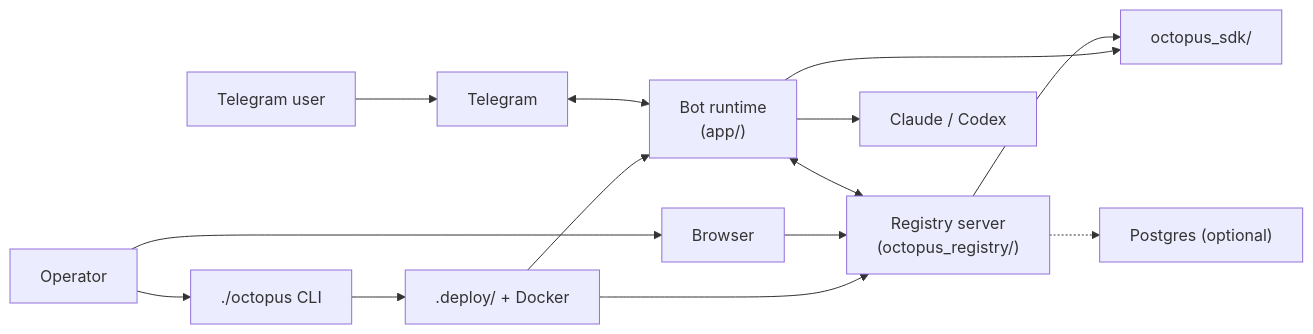
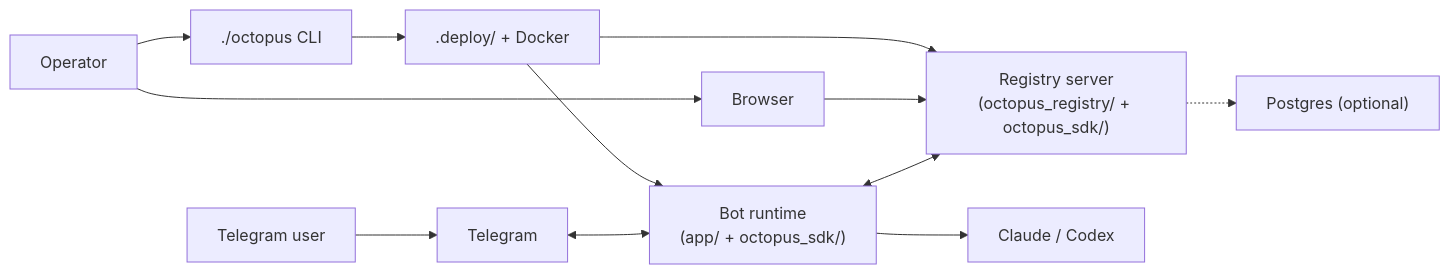
One commit to privacynow/octopus changed the first of 8 diagrams in ARCHITECTURE.md. Above: the diagram before and after it, drawn with Mermaid. The commit also changed other lines of this file and 1 other file, not shown here.

````diff
--- a/ARCHITECTURE.md
+++ b/ARCHITECTURE.md
@@ -20,18 +20,16 @@
 ```mermaid
 flowchart LR
     Operator["Operator"] --> CLI["./octopus CLI"]
     Operator --> Browser["Browser"]
     User["Telegram user"] --> TG["Telegram"]
 
     CLI --> Deploy[".deploy/ + Docker"]
-    Deploy --> Bot["Bot runtime<br/>(app/)"]
-    Deploy --> Registry["Registry server<br/>(octopus_registry/)"]
+    Deploy --> Bot["Bot runtime<br/>(app/ + octopus_sdk/)"]
+    Deploy --> Registry["Registry server<br/>(octopus_registry/ + octopus_sdk/)"]
 
     TG <--> Bot
     Browser --> Registry
     Bot <--> Registry
     Bot --> Provider["Claude / Codex"]
-    Bot --> SDK["octopus_sdk/"]
-    Registry --> SDK
     Registry -.-> Postgres["Postgres (optional)"]
 ```
````
